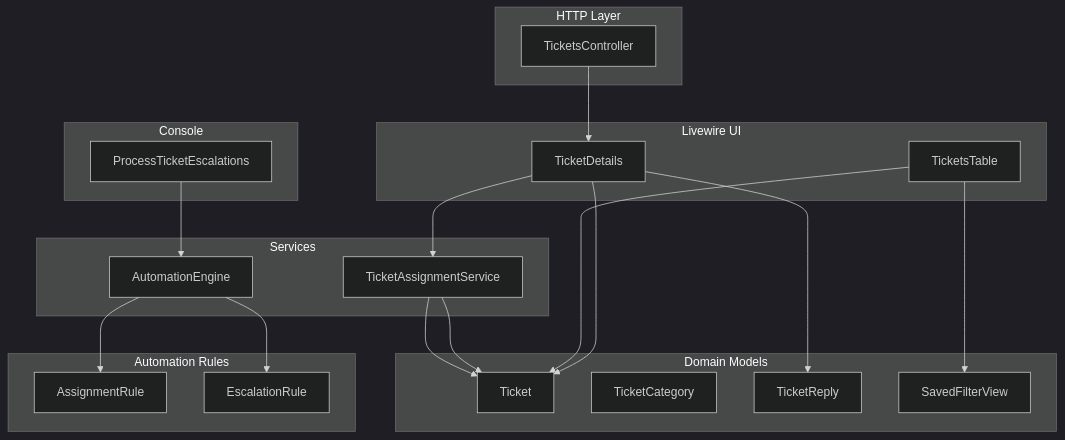
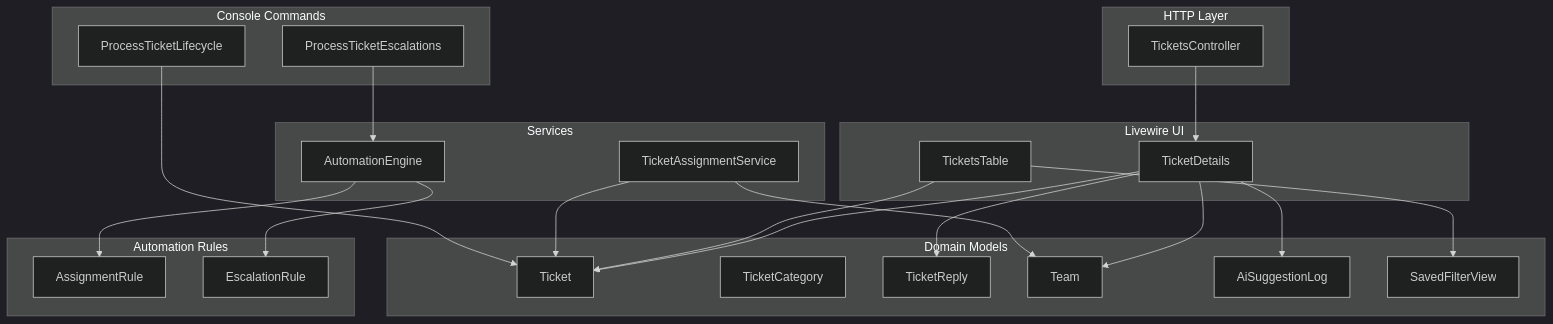
Before and after one commit to younesgamer68/helpdesk-system: the first of 10 diagrams in .qoder/repowiki/en/content/Ticket Management System/Ticket Management System.md, drawn with Mermaid (dark theme). The commit also changed other lines of this file and 12 other files, not shown here.

````diff
--- a/.qoder/repowiki/en/content/Ticket Management System/Ticket Management System.md
+++ b/.qoder/repowiki/en/content/Ticket Management System/Ticket Management System.md
@@ -46,38 +60,43 @@
 ```mermaid
 graph TB
 subgraph "HTTP Layer"
 Ctlr["TicketsController"]
 end
 subgraph "Livewire UI"
 DT["TicketDetails"]
 TT["TicketsTable"]
 end
 subgraph "Domain Models"
 M_Ticket["Ticket"]
 M_Category["TicketCategory"]
 M_Reply["TicketReply"]
+M_Team["Team"]
+M_AI["AiSuggestionLog"]
 M_View["SavedFilterView"]
 end
 subgraph "Services"
 S_Assign["TicketAssignmentService"]
 S_Auto["AutomationEngine"]
 end
 subgraph "Automation Rules"
 R_Assign["AssignmentRule"]
 R_Escalate["EscalationRule"]
 end
-subgraph "Console"
-Cmd["ProcessTicketEscalations"]
+subgraph "Console Commands"
+Cmd1["ProcessTicketEscalations"]
+Cmd2["ProcessTicketLifecycle"]
 end
 Ctlr --> DT
 DT --> M_Ticket
 DT --> M_Reply
-DT --> S_Assign
+DT --> M_Team
+DT --> M_AI
 TT --> M_Ticket
 TT --> M_View
 S_Assign --> M_Ticket
-S_Assign --> M_Ticket
+S_Assign --> M_Team
 S_Auto --> R_Assign
 S_Auto --> R_Escalate
-Cmd --> S_Auto
+Cmd1 --> S_Auto
+Cmd2 --> M_Ticket
 ```
````
